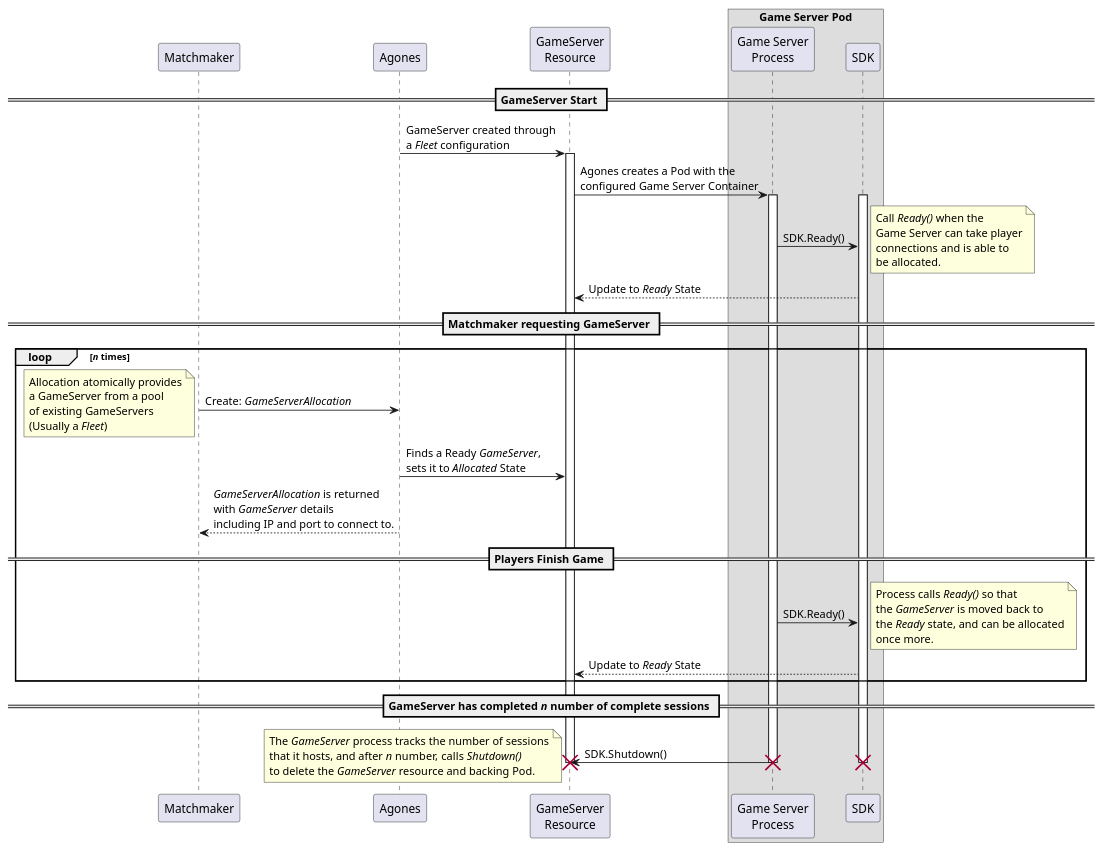
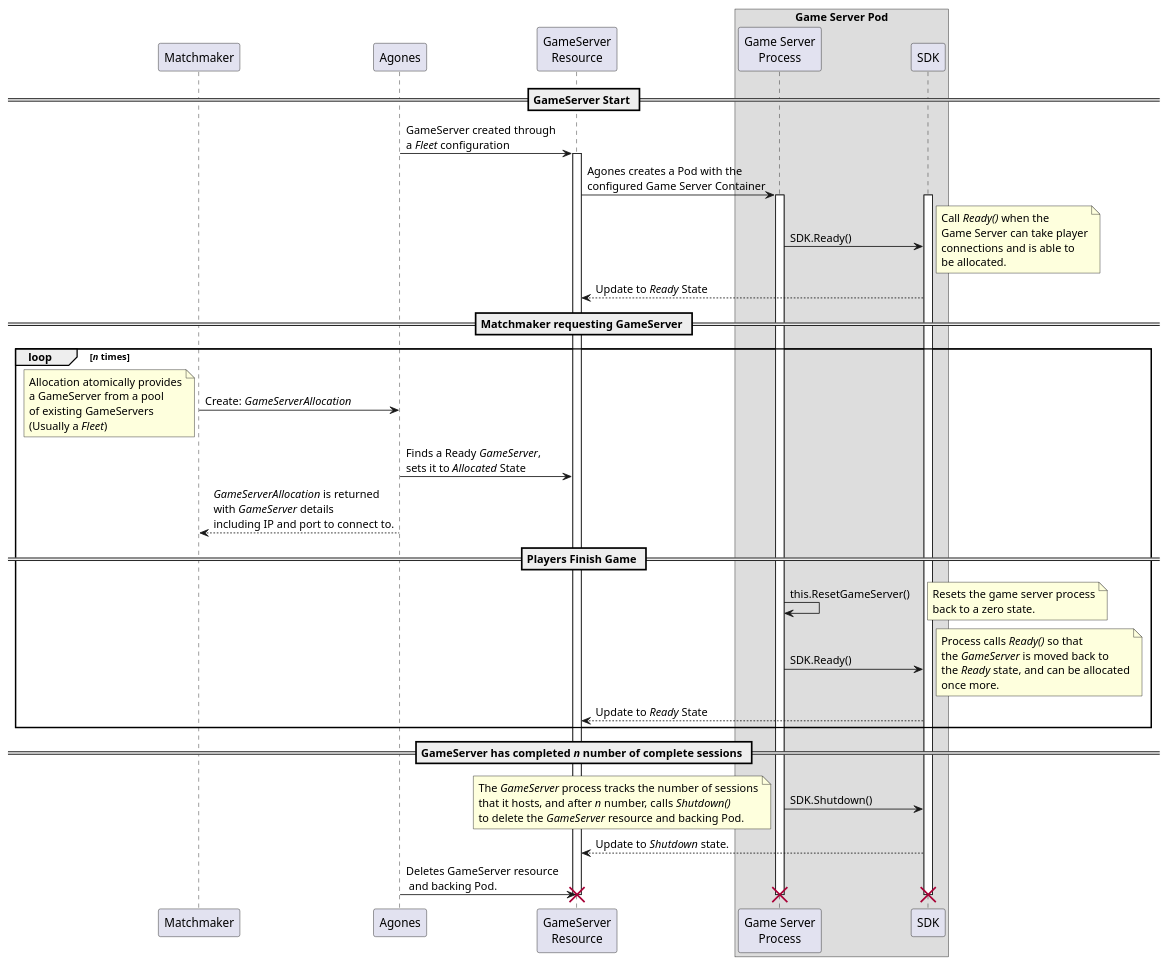
One commit to googleforgames/agones changed the diagram in site/static/diagrams/reusing-gameservers.puml. Above: the diagram before and after it, drawn with PlantUML. The commit also changed 3 other files, not shown here.

```diff
--- a/site/static/diagrams/reusing-gameservers.puml
+++ b/site/static/diagrams/reusing-gameservers.puml
@@ -1,64 +1,72 @@
 @startuml
 participant Matchmaker
 participant Agones
 participant "Game Server\nProcess" as Binary
 participant SDK
 participant "GameServer\nResource" as GameServer
 box "Game Server Pod"
   participant Binary
   participant SDK
 end box
 
 == GameServer Start ==
 
 Agones -> GameServer: GameServer created through\na <i>Fleet</i> configuration
 activate GameServer
 GameServer -> Binary: Agones creates a Pod with the\nconfigured Game Server Container
 activate Binary
 activate SDK
 Binary -> SDK: SDK.Ready()
 note right
   Call <i>Ready()</i> when the
   Game Server can take player
   connections and is able to
   be allocated.
 end note
 GameServer <-- SDK: Update to <i>Ready</i> State
 
 == Matchmaker requesting GameServer ==
 loop <i>n</i> times
 Matchmaker -> Agones: Create: <i>GameServerAllocation</i>
 note left
   Allocation atomically provides
   a GameServer from a pool
   of existing GameServers
   (Usually a <i>Fleet</i>)
 end note
 "Agones" -> GameServer: Finds a Ready <i>GameServer</i>,\nsets it to <i>Allocated</i> State
 Matchmaker <-- Agones : <i>GameServerAllocation</i> is returned\nwith <i>GameServer</i> details\nincluding IP and port to connect to.
 
 == Players Finish Game ==
 
+Binary -> Binary: this.ResetGameServer()
+note right
+Resets the game server process
+back to a zero state.
+end note
+
 Binary -> SDK: SDK.Ready()
 note right
   Process calls <i>Ready()</i> so that
   the <i>GameServer</i> is moved back to
   the <i>Ready</i> state, and can be allocated
   once more.
 end note
 GameServer <-- SDK: Update to <i>Ready</i> State
 
 end loop
 
 == GameServer has completed <i>n</i> number of complete sessions ==
 
-Binary -> GameServer: SDK.Shutdown()
+Binary -> SDK: SDK.Shutdown()
 note left
 The <i>GameServer</i> process tracks the number of sessions
 that it hosts, and after <i>n</i> number, calls <i>Shutdown()</i>
 to delete the <i>GameServer</i> resource and backing Pod.
 end note
+SDK --> GameServer: Update to <i>Shutdown</i> state.
+Agones -> GameServer: Deletes GameServer resource\n and backing Pod.
 destroy Binary
 destroy SDK
 destroy GameServer
 @enduml
```
